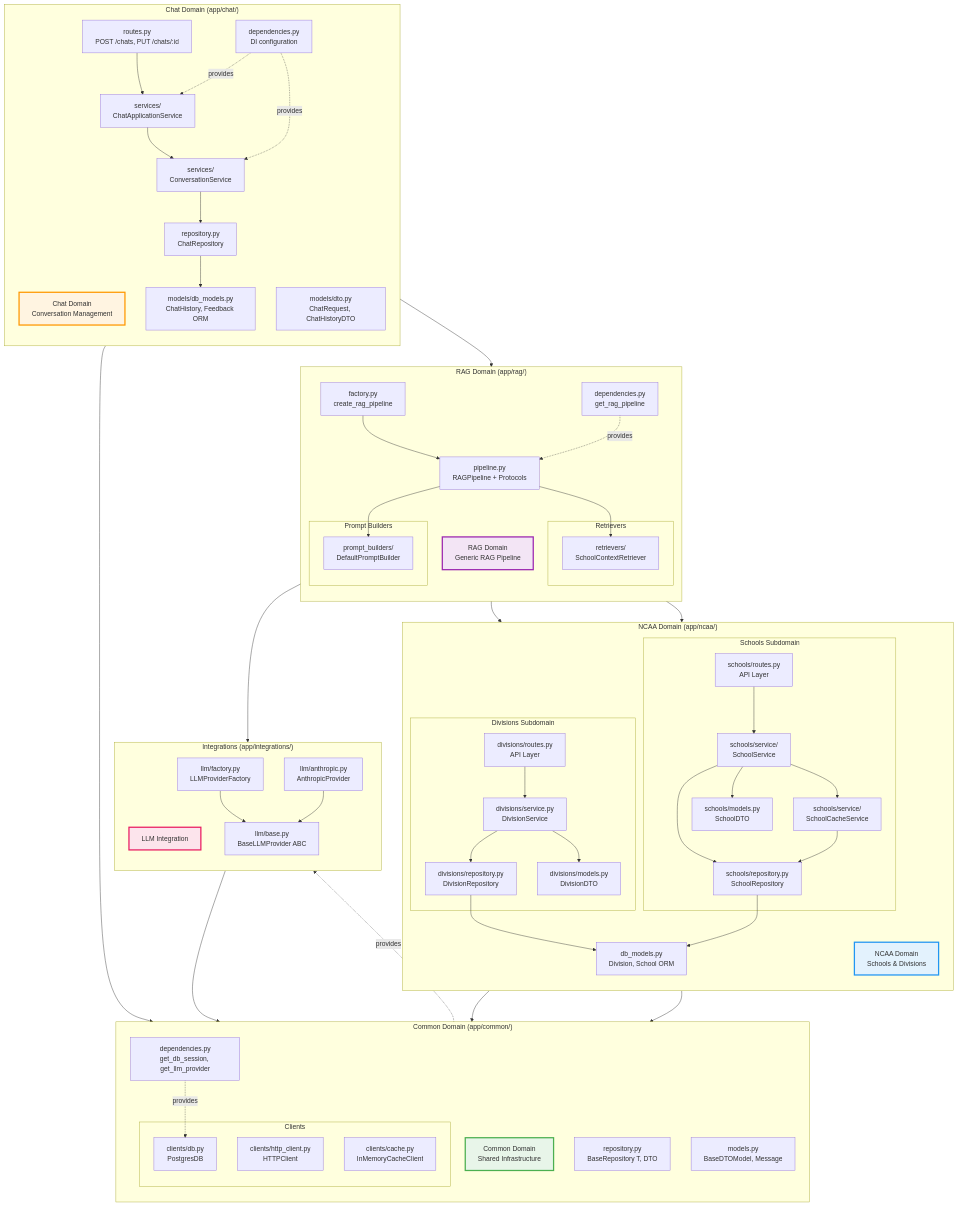
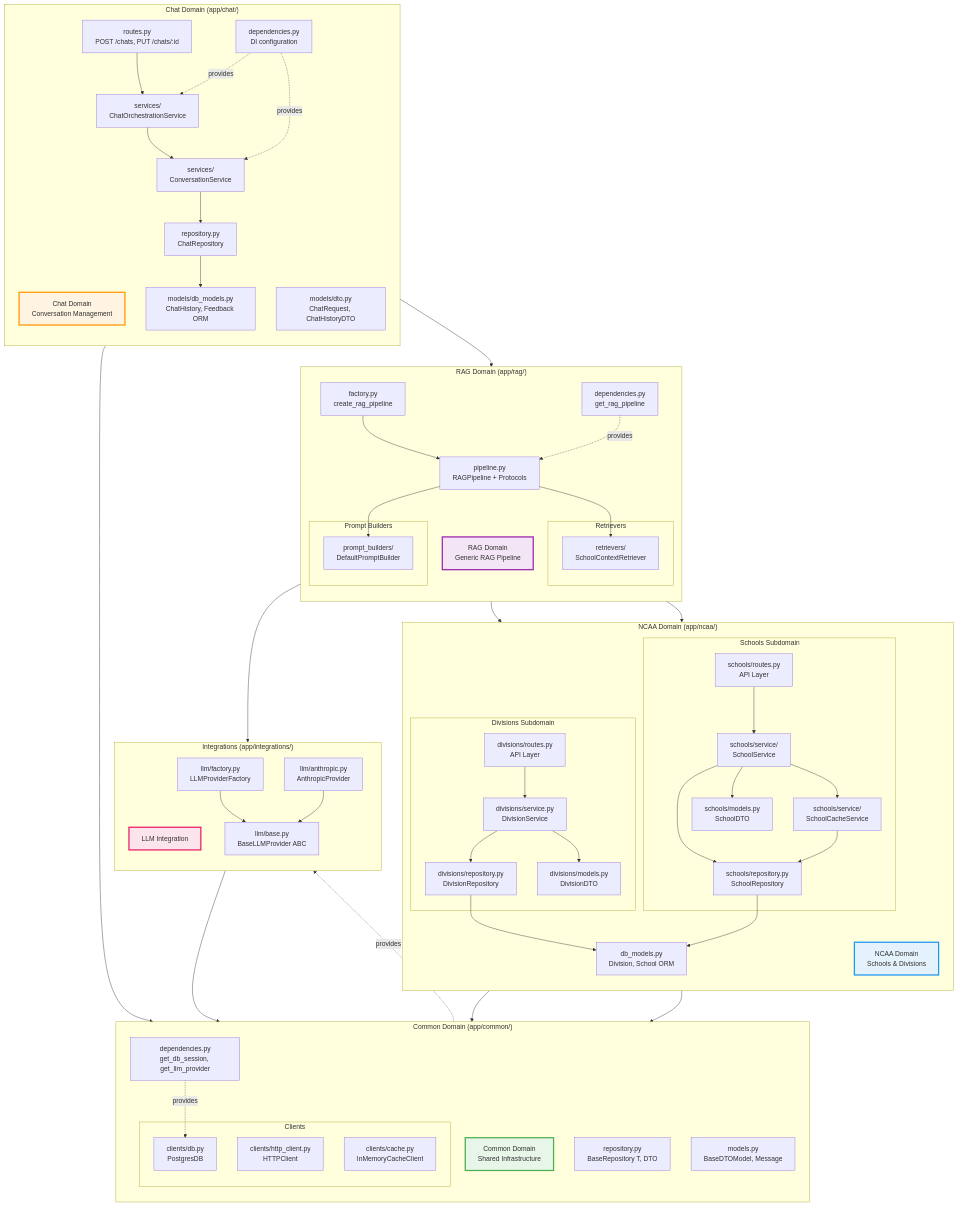
One commit to tjbaca14/urfitio changed the diagram in docs/diagrams/src/domain-architecture.mermaid. Above: the diagram before and after it, drawn with Mermaid. The commit also changed 36 other files, not shown here.

```diff
--- a/docs/diagrams/src/domain-architecture.mermaid
+++ b/docs/diagrams/src/domain-architecture.mermaid
@@ -1,124 +1,124 @@
 graph TB
     subgraph "NCAA Domain (app/ncaa/)"
         direction TB
         NCAA[NCAA Domain<br/>Schools & Divisions]
 
         subgraph "Divisions Subdomain"
             DIV_ROUTES[divisions/routes.py<br/>API Layer]
             DIV_SERVICE[divisions/service.py<br/>DivisionService]
             DIV_REPO[divisions/repository.py<br/>DivisionRepository]
             DIV_MODELS[divisions/models.py<br/>DivisionDTO]
         end
 
         subgraph "Schools Subdomain"
             SCH_ROUTES[schools/routes.py<br/>API Layer]
             SCH_SERVICE[schools/service/<br/>SchoolService]
             SCH_CACHE[schools/service/<br/>SchoolCacheService]
             SCH_REPO[schools/repository.py<br/>SchoolRepository]
             SCH_MODELS[schools/models.py<br/>SchoolDTO]
         end
 
         NCAA_DB[db_models.py<br/>Division, School ORM]
 
         DIV_ROUTES --> DIV_SERVICE
         DIV_SERVICE --> DIV_REPO
         DIV_REPO --> NCAA_DB
         DIV_SERVICE --> DIV_MODELS
 
         SCH_ROUTES --> SCH_SERVICE
         SCH_SERVICE --> SCH_REPO
         SCH_SERVICE --> SCH_CACHE
         SCH_REPO --> NCAA_DB
         SCH_SERVICE --> SCH_MODELS
         SCH_CACHE --> SCH_REPO
     end
 
     subgraph "Chat Domain (app/chat/)"
         direction TB
         CHAT[Chat Domain<br/>Conversation Management]
 
         CHAT_ROUTES[routes.py<br/>POST /chats, PUT /chats/:id]
-        CHAT_APP_SERVICE[services/<br/>ChatApplicationService]
+        CHAT_APP_SERVICE[services/<br/>ChatOrchestrationService]
         CHAT_CONV_SERVICE[services/<br/>ConversationService]
         CHAT_REPO[repository.py<br/>ChatRepository]
         CHAT_MODELS[models/dto.py<br/>ChatRequest, ChatHistoryDTO]
         CHAT_DB[models/db_models.py<br/>ChatHistory, Feedback ORM]
         CHAT_DEPS[dependencies.py<br/>DI configuration]
 
         CHAT_ROUTES --> CHAT_APP_SERVICE
         CHAT_APP_SERVICE --> CHAT_CONV_SERVICE
         CHAT_CONV_SERVICE --> CHAT_REPO
         CHAT_REPO --> CHAT_DB
         CHAT_DEPS -.provides.-> CHAT_APP_SERVICE
         CHAT_DEPS -.provides.-> CHAT_CONV_SERVICE
     end
 
     subgraph "RAG Domain (app/rag/)"
         direction TB
         RAG[RAG Domain<br/>Generic RAG Pipeline]
 
         RAG_PIPELINE[pipeline.py<br/>RAGPipeline + Protocols]
         RAG_FACTORY[factory.py<br/>create_rag_pipeline]
         RAG_DEPS[dependencies.py<br/>get_rag_pipeline]
 
         subgraph "Retrievers"
             RAG_SCHOOL_RET[retrievers/<br/>SchoolContextRetriever]
         end
 
         subgraph "Prompt Builders"
             RAG_PROMPT[prompt_builders/<br/>DefaultPromptBuilder]
         end
 
         RAG_PIPELINE --> RAG_SCHOOL_RET
         RAG_PIPELINE --> RAG_PROMPT
         RAG_FACTORY --> RAG_PIPELINE
         RAG_DEPS -.provides.-> RAG_PIPELINE
         RAG_SCHOOL_RET --> SCH_CACHE
     end
 
     subgraph "Common Domain (app/common/)"
         direction TB
         COMMON[Common Domain<br/>Shared Infrastructure]
 
         COMMON_REPO[repository.py<br/>BaseRepository T, DTO]
         COMMON_MODELS[models.py<br/>BaseDTOModel, Message]
         COMMON_DEPS[dependencies.py<br/>get_db_session, get_llm_provider]
 
         subgraph "Clients"
             DB_CLIENT[clients/db.py<br/>PostgresDB]
             HTTP_CLIENT[clients/http_client.py<br/>HTTPClient]
             CACHE_CLIENT[clients/cache.py<br/>InMemoryCacheClient]
         end
     end
 
     subgraph "Integrations (app/integrations/)"
         direction TB
         LLM[LLM Integration]
 
         LLM_BASE[llm/base.py<br/>BaseLLMProvider ABC]
         LLM_ANTHROPIC[llm/anthropic.py<br/>AnthropicProvider]
         LLM_FACTORY[llm/factory.py<br/>LLMProviderFactory]
 
         LLM_FACTORY --> LLM_BASE
         LLM_ANTHROPIC --> LLM_BASE
         LLM_ANTHROPIC --> HTTP_CLIENT
     end
 
     %% Domain Dependencies
     CHAT_APP_SERVICE --> RAG_PIPELINE
     RAG_SCHOOL_RET --> SCH_CACHE
 
     %% Infrastructure Dependencies
     CHAT_REPO --> COMMON_REPO
     DIV_REPO --> COMMON_REPO
     SCH_REPO --> COMMON_REPO
 
     RAG_PIPELINE --> LLM_BASE
     COMMON_DEPS -.provides.-> DB_CLIENT
     COMMON_DEPS -.provides.-> LLM_FACTORY
 
     style NCAA fill:#e3f2fd,stroke:#2196f3,stroke-width:3px
     style CHAT fill:#fff4e1,stroke:#ff9800,stroke-width:3px
     style RAG fill:#f3e5f5,stroke:#9c27b0,stroke-width:3px
     style COMMON fill:#e8f5e9,stroke:#4caf50,stroke-width:3px
     style LLM fill:#fce4ec,stroke:#e91e63,stroke-width:3px
```
